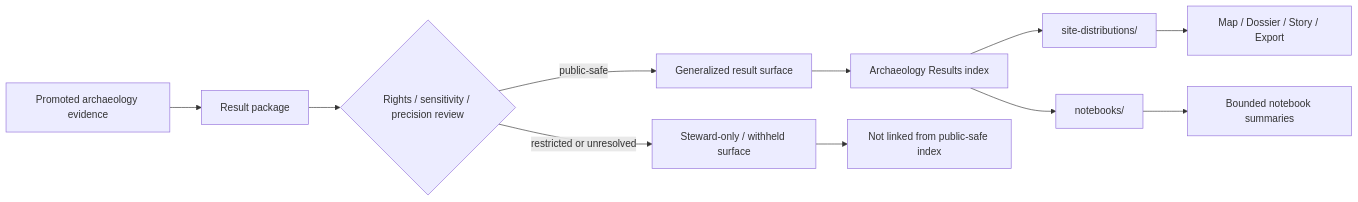
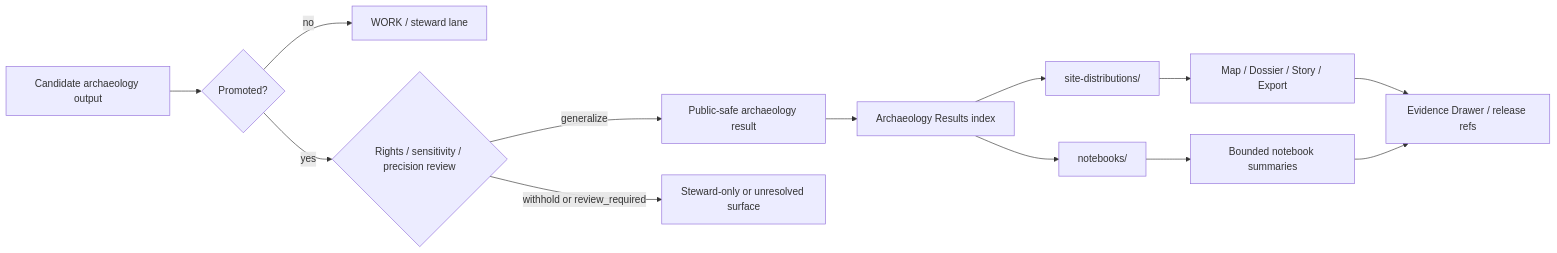
The diagram in docs/analyses/archaeology/results/README.md (bartytime4life/Kansas-Frontier-Matrix), drawn with Mermaid before and after one commit. The commit also changed other lines of this file, not shown here.

````diff
--- a/docs/analyses/archaeology/results/README.md
+++ b/docs/analyses/archaeology/results/README.md
@@ -211,13 +213,15 @@
 ```mermaid
 flowchart LR
-    A[Promoted archaeology evidence] --> B[Result package]
-    B --> C{Rights / sensitivity / precision review}
-    C -->|public-safe| D[Generalized result surface]
-    C -->|restricted or unresolved| E[Steward-only / withheld surface]
-    D --> F[Archaeology Results index]
-    F --> G[site-distributions/]
-    F --> H[notebooks/]
-    G --> I[Map / Dossier / Story / Export]
-    H --> J[Bounded notebook summaries]
-    E --> K[Not linked from public-safe index]
+    A[Candidate archaeology output] --> B{Promoted?}
+    B -- no --> C[WORK / steward lane]
+    B -- yes --> D{Rights / sensitivity / precision review}
+    D -- generalize --> E[Public-safe archaeology result]
+    D -- withhold or review_required --> F[Steward-only or unresolved surface]
+    E --> G[Archaeology Results index]
+    G --> H[site-distributions/]
+    G --> I[notebooks/]
+    H --> J[Map / Dossier / Story / Export]
+    I --> K[Bounded notebook summaries]
+    J --> L[Evidence Drawer / release refs]
+    K --> L
 ```
````
